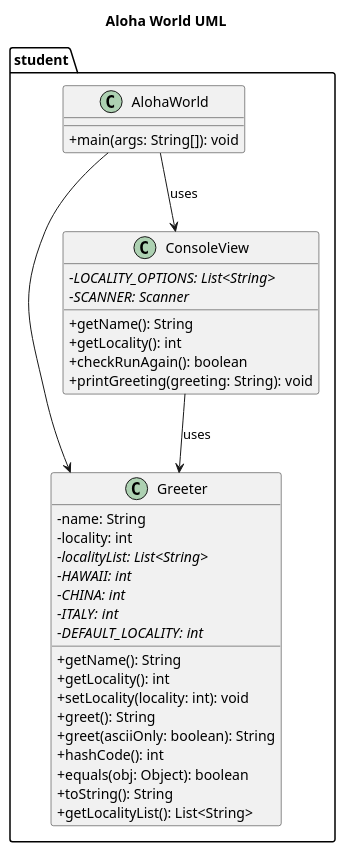
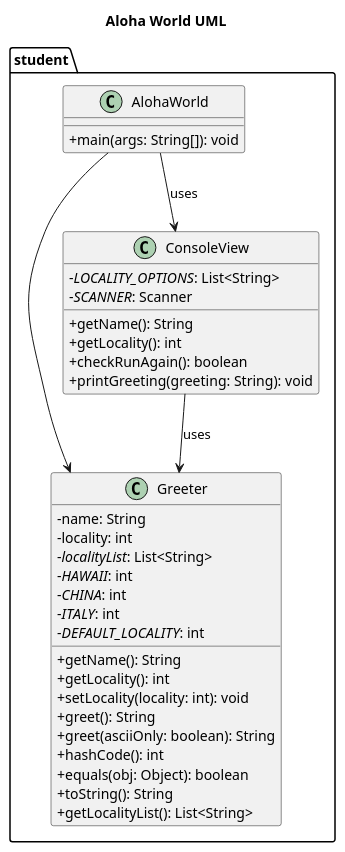
Before and after one commit to 5004-SEA-Fa24-Geeng/hello-world-jiaming2li: the diagram in instructions/aloha.puml, drawn with PlantUML. The commit also changed 2 other files, not shown here.

```diff
--- a/instructions/aloha.puml
+++ b/instructions/aloha.puml
@@ -1,43 +1,43 @@
 @startuml
 skinparam classAttributeIconSize 0
 title Aloha World UML
 package student {
     class Greeter {
         - name: String
         - locality: int
-        - <i>localityList: List<String>
-        - <i>HAWAII: int
-        - <i>CHINA: int
-        - <i>ITALY: int
-        - <i>DEFAULT_LOCALITY: int
+        - <i>localityList</i>: List<String>
+        - <i>HAWAII</i>: int
+        - <i>CHINA</i>: int
+        - <i>ITALY</i>: int
+        - <i>DEFAULT_LOCALITY</i>: int
 
         + getName(): String
         + getLocality(): int
         + setLocality(locality: int): void
         + greet(): String
         + greet(asciiOnly: boolean): String
         + hashCode(): int
         + equals(obj: Object): boolean
         + toString(): String
         + getLocalityList(): List<String>
     }
 
     class ConsoleView {
-        - <i>LOCALITY_OPTIONS: List<String>
-        - <i>SCANNER: Scanner
+        - <i>LOCALITY_OPTIONS</i>: List<String>
+        - <i>SCANNER</i>: Scanner
         + getName(): String
         + getLocality(): int
         + checkRunAgain(): boolean
         + printGreeting(greeting: String): void
     }
 
     class AlohaWorld {
         + main(args: String[]): void
     }
 }
 
 
 AlohaWorld --> Greeter
 AlohaWorld --> ConsoleView : uses
 ConsoleView --> Greeter : uses
 @enduml
```
